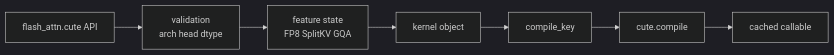
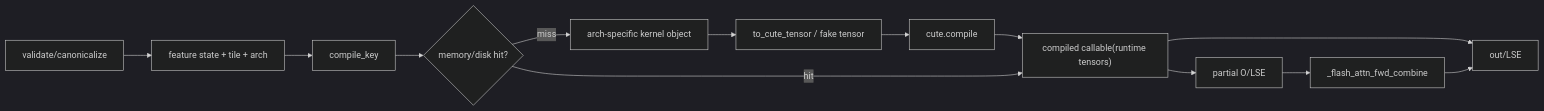
The third of 3 diagrams in flash-attn_reading/新架构实现/Hopper与CuTe/FlashAttention-Hopper与CuTe-数据流.md (OnlyHero5/sglang-reading-vault), drawn with Mermaid (dark theme) before and after one commit. The commit also changed other lines of this file and 512 other files, not shown here.

````diff
--- a/flash-attn_reading/新架构实现/Hopper与CuTe/FlashAttention-Hopper与CuTe-数据流.md
+++ b/flash-attn_reading/新架构实现/Hopper与CuTe/FlashAttention-Hopper与CuTe-数据流.md
@@ -84,11 +166,19 @@
 ```mermaid
 flowchart LR
-    API["flash_attn.cute API"]
-    V["validation<br/>arch head dtype"]
-    CFG["feature state<br/>FP8 SplitKV GQA"]
-    OBJ["kernel object"]
+    V["validate/canonicalize"]
+    F["feature state + tile + arch"]
     KEY["compile_key"]
-    CC["cute.compile"]
-    RUN["cached callable"]
-    API --> V --> CFG --> OBJ --> KEY --> CC --> RUN
+    HIT{"memory/disk hit?"}
+    OBJ["arch-specific kernel object"]
+    CT["to_cute_tensor / fake tensor"]
+    COMP["cute.compile"]
+    CALL["compiled callable(runtime tensors)"]
+    PART["partial O/LSE"]
+    COMB["_flash_attn_fwd_combine"]
+    OUT["out/LSE"]
+    V --> F --> KEY --> HIT
+    HIT -->|"miss"| OBJ --> CT --> COMP --> CALL
+    HIT -->|"hit"| CALL
+    CALL --> OUT
+    CALL --> PART --> COMB --> OUT
 ```
````
